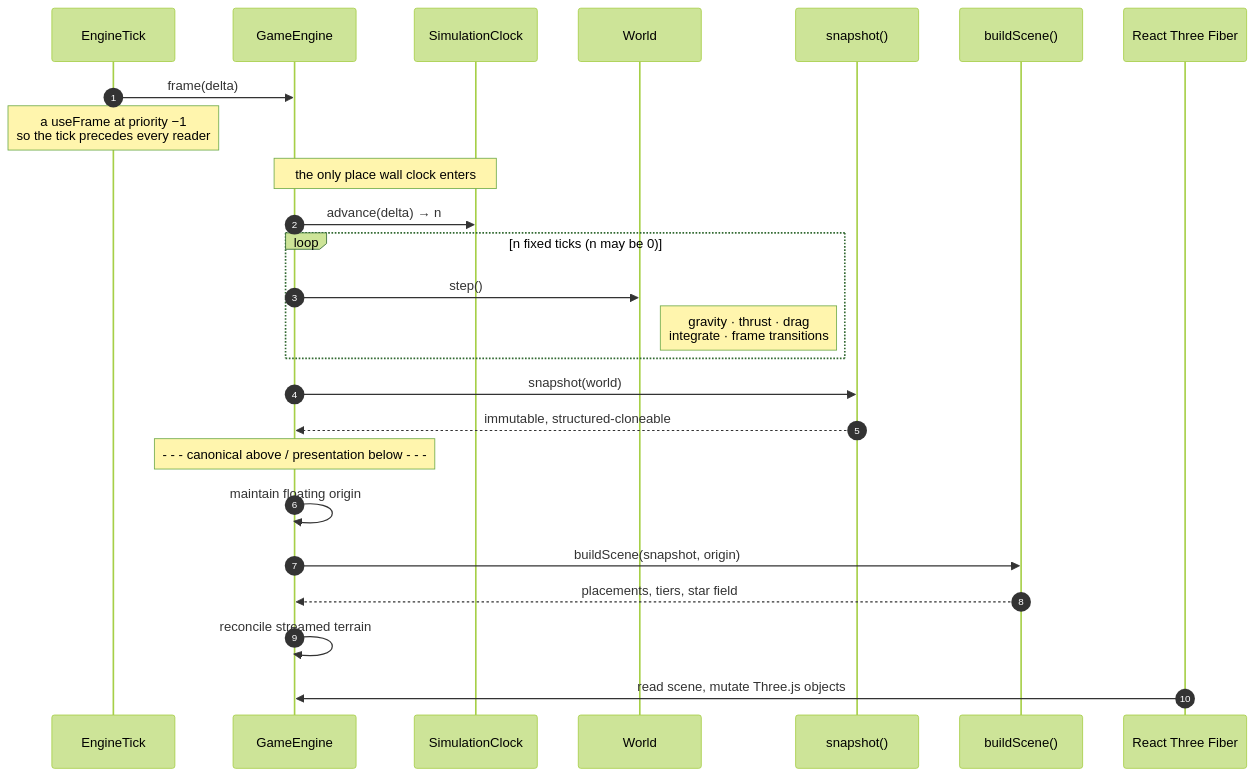
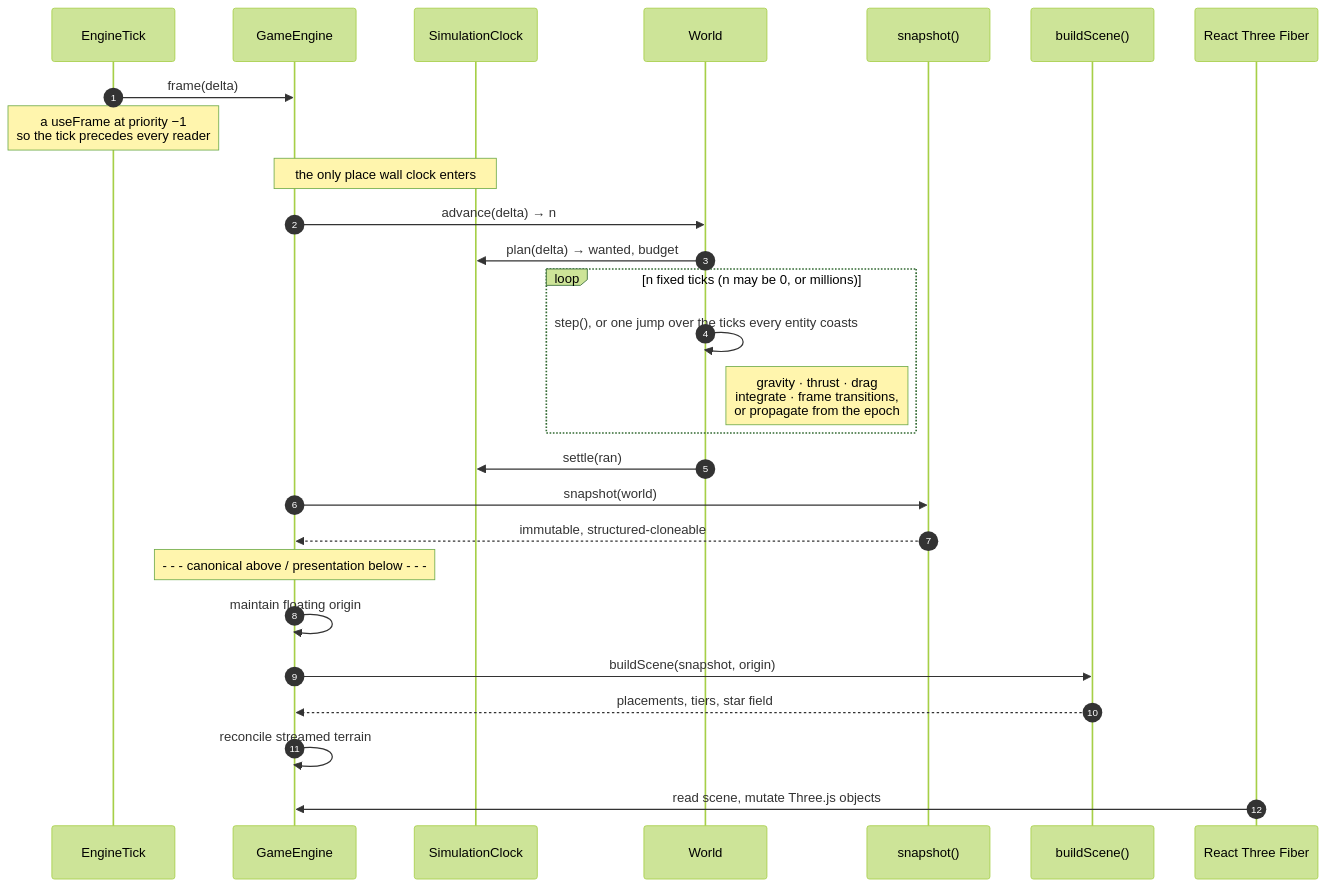
One commit to jonjaques/inertialref changed the third of 6 diagrams in docs/architecture.md. Above: the diagram before and after it, drawn with Mermaid (forest theme). The commit also changed other lines of this file and 46 other files, not shown here.

First line of the commit message:
A coasting ship is on rails, and a frame jumps the ticks it does not step (#46)

````diff
--- a/docs/architecture.md
+++ b/docs/architecture.md
@@ -122,28 +122,30 @@
 ```mermaid
 sequenceDiagram
     autonumber
     participant TICK as EngineTick
     participant ENG as GameEngine
     participant CLK as SimulationClock
     participant W as World
     participant SNAP as snapshot()
     participant SCN as buildScene()
     participant R3F as React Three Fiber
 
     TICK->>ENG: frame(delta)
     Note over TICK: a useFrame at priority −1<br/>so the tick precedes every reader
     Note over ENG,CLK: the only place wall clock enters
-    ENG->>CLK: advance(delta) → n
-    loop n fixed ticks (n may be 0)
-        ENG->>W: step()
-        Note right of W: gravity · thrust · drag<br/>integrate · frame transitions
+    ENG->>W: advance(delta) → n
+    W->>CLK: plan(delta) → wanted, budget
+    loop n fixed ticks (n may be 0, or millions)
+        W->>W: step(), or one jump over the ticks every entity coasts
+        Note right of W: gravity · thrust · drag<br/>integrate · frame transitions,<br/>or propagate from the epoch
     end
+    W->>CLK: settle(ran)
     ENG->>SNAP: snapshot(world)
     SNAP-->>ENG: immutable, structured-cloneable
     Note over ENG: - - - canonical above / presentation below - - -
     ENG->>ENG: maintain floating origin
     ENG->>SCN: buildScene(snapshot, origin)
     SCN-->>ENG: placements, tiers, star field
     ENG->>ENG: reconcile streamed terrain
     R3F->>ENG: read scene, mutate Three.js objects
 ```
````
